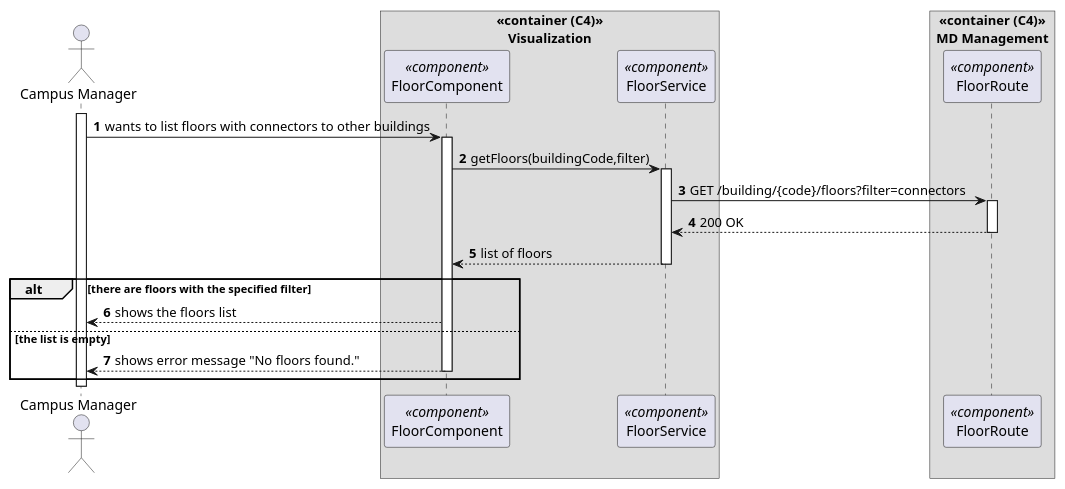
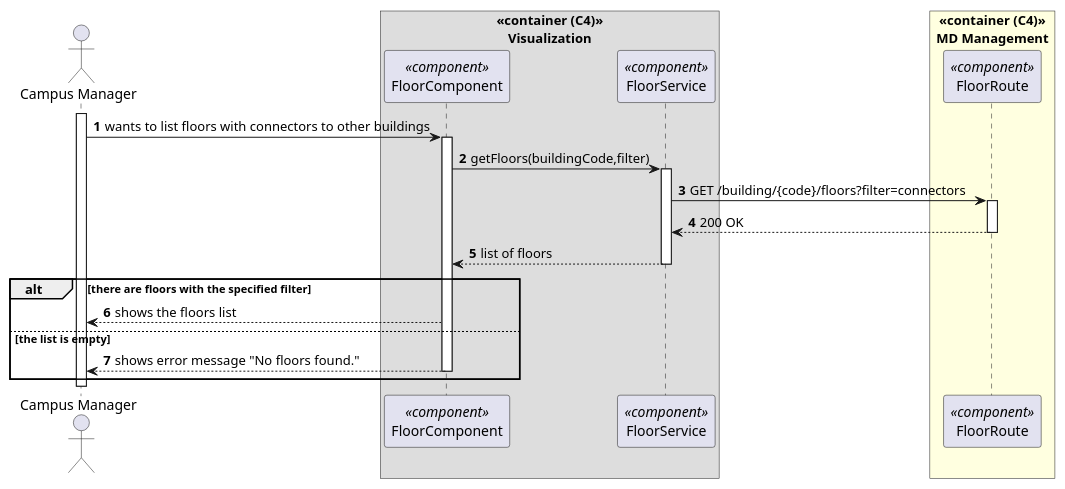
Before and after one commit to miseEnPlace-dev/lapr5: the diagram in _wiki/sprint-b/us31-1200/views/level-3/process-view.puml, drawn with PlantUML. The commit also changed 1 other file, not shown here.

```diff
--- a/_wiki/sprint-b/us31-1200/views/level-3/process-view.puml
+++ b/_wiki/sprint-b/us31-1200/views/level-3/process-view.puml
@@ -1,42 +1,42 @@
 @startuml process-view
 autonumber
 skinparam DefaultTextAlignment<<center>> center
 
 actor CM as "Campus Manager"
 
 box "«container (C4)»\nVisualization" <<center>>
   participant C as "FloorComponent" <<component>>
   participant SVC as "FloorService" <<component>>
 end box
 
-box "«container (C4)»\n MD Management " <<center>>
+box "«container (C4)»\n MD Management " <<center>>#LightYellow
   participant ROUTE as "FloorRoute" <<component>>
 end box
 
 activate CM
 
 CM -> C : wants to list floors with connectors to other buildings
 activate C
 
 C -> SVC : getFloors(buildingCode,filter)
 activate SVC
 
 SVC -> ROUTE : GET /building/{code}/floors?filter=connectors
 activate ROUTE
 
 SVC <-- ROUTE : 200 OK
 deactivate ROUTE
 
 C <-- SVC : list of floors
 deactivate SVC
 
 alt there are floors with the specified filter
   CM <-- C : shows the floors list
 else the list is empty
   CM <-- C : shows error message "No floors found."
   deactivate C
 end
 
 deactivate CM
 
 @enduml
```
